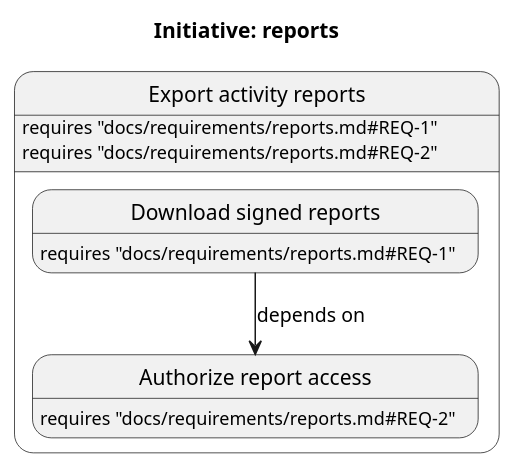
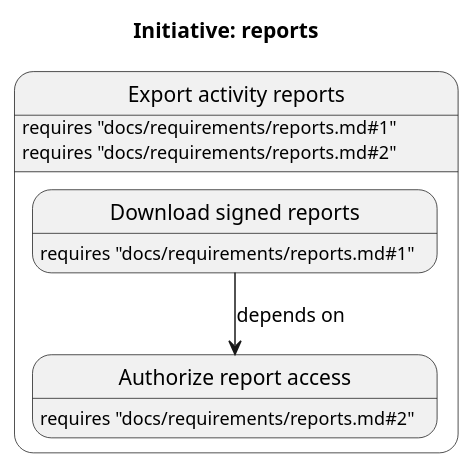
Before and after one commit to RumyantsevMichael/Prism: the diagram in skills/write-map/references/map-format.md, drawn with PlantUML. The commit also changed other lines of this file and 20 other files, not shown here.

````diff
--- a/skills/write-map/references/map-format.md
+++ b/skills/write-map/references/map-format.md
@@ -9,15 +9,15 @@
 ```puml
 @startuml
 title Initiative: reports
 hide empty description
 state "Export activity reports" as s_7265706f727473 <<split>> {
   state "Download signed reports" as s_646f776e6c6f6164 <<not-started>>
   state "Authorize report access" as s_61757468 <<done>>
 }
-s_7265706f727473 : requires "docs/requirements/reports.md#REQ-1"
-s_7265706f727473 : requires "docs/requirements/reports.md#REQ-2"
-s_646f776e6c6f6164 : requires "docs/requirements/reports.md#REQ-1"
-s_61757468 : requires "docs/requirements/reports.md#REQ-2"
+s_7265706f727473 : requires "docs/requirements/reports.md#1"
+s_7265706f727473 : requires "docs/requirements/reports.md#2"
+s_646f776e6c6f6164 : requires "docs/requirements/reports.md#1"
+s_61757468 : requires "docs/requirements/reports.md#2"
 s_646f776e6c6f6164 --> s_61757468 : depends on
 @enduml
 ```
````
